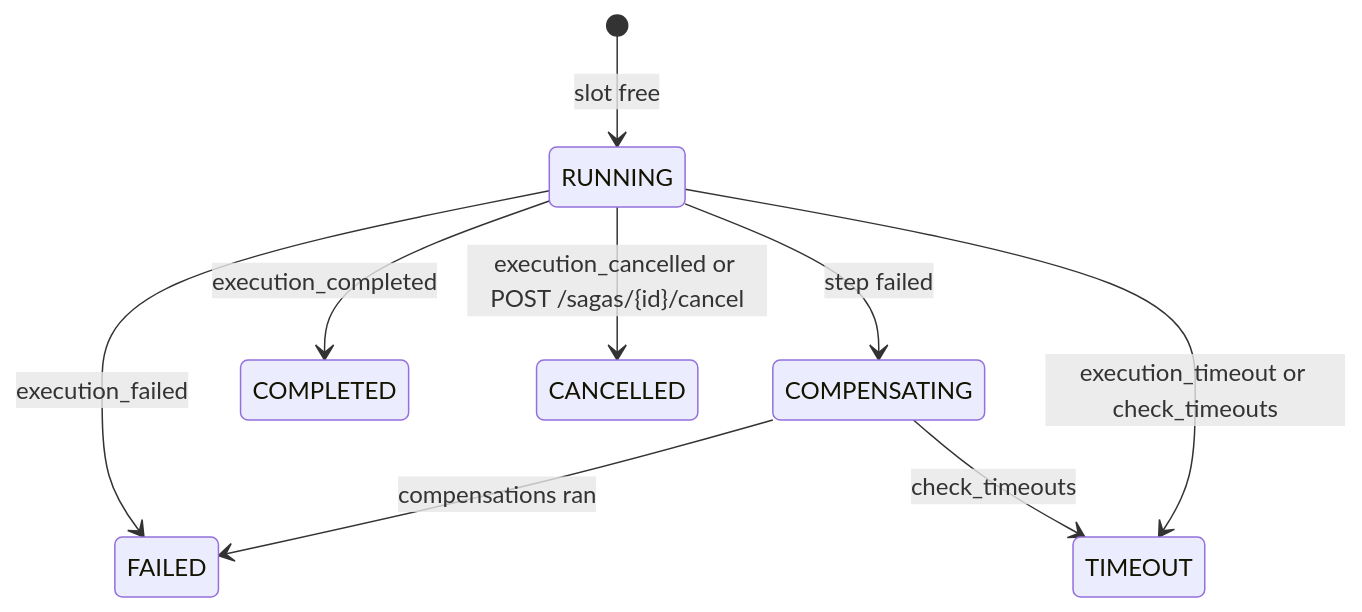
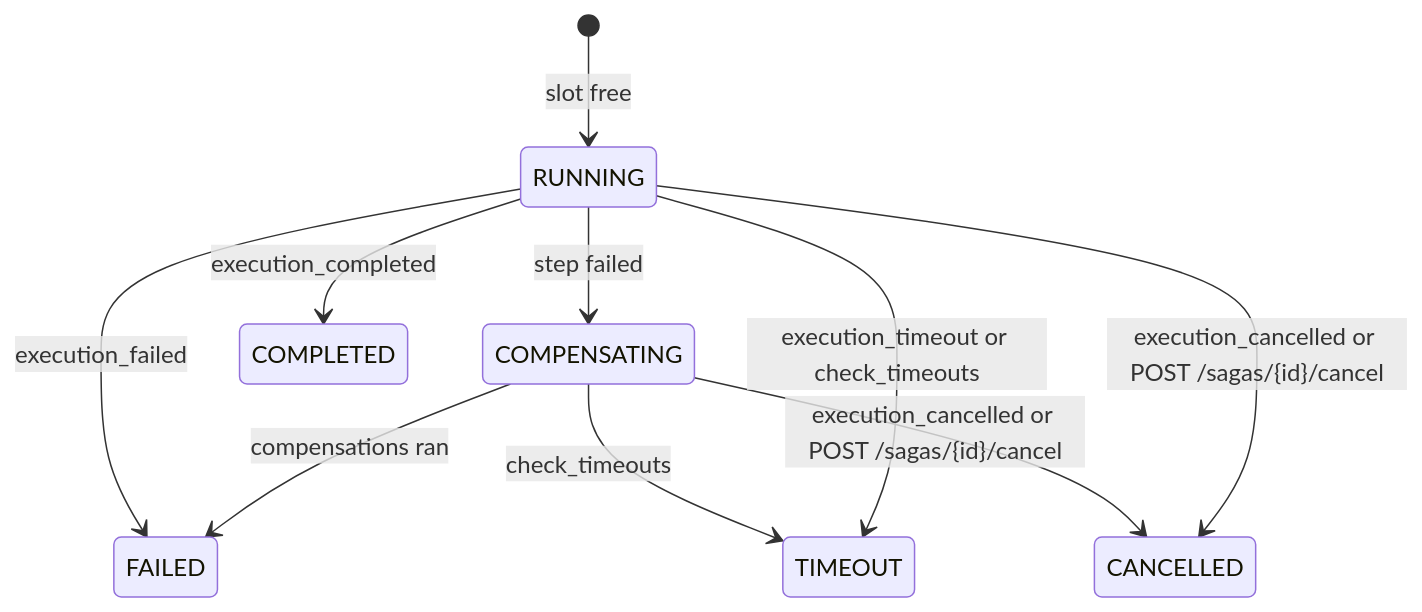
Before and after one commit to HardMax71/Integr8sCode: the second of 2 diagrams in docs/components/workers/saga_orchestrator.md, drawn with Mermaid. The commit also changed other lines of this file and 1 other file, not shown here.

First line of the commit message:
docs: correct the saga limits, cancel path and state diagram

````diff
--- a/docs/components/workers/saga_orchestrator.md
+++ b/docs/components/workers/saga_orchestrator.md
@@ -28,11 +28,12 @@
 ```mermaid
 stateDiagram-v2
     [*] --> RUNNING: slot free
     RUNNING --> COMPENSATING: step failed
     COMPENSATING --> FAILED: compensations ran
     RUNNING --> COMPLETED: execution_completed
     RUNNING --> FAILED: execution_failed
     RUNNING --> TIMEOUT: execution_timeout or check_timeouts
     COMPENSATING --> TIMEOUT: check_timeouts
     RUNNING --> CANCELLED: execution_cancelled or POST /sagas/{id}/cancel
+    COMPENSATING --> CANCELLED: execution_cancelled or POST /sagas/{id}/cancel
 ```
````
